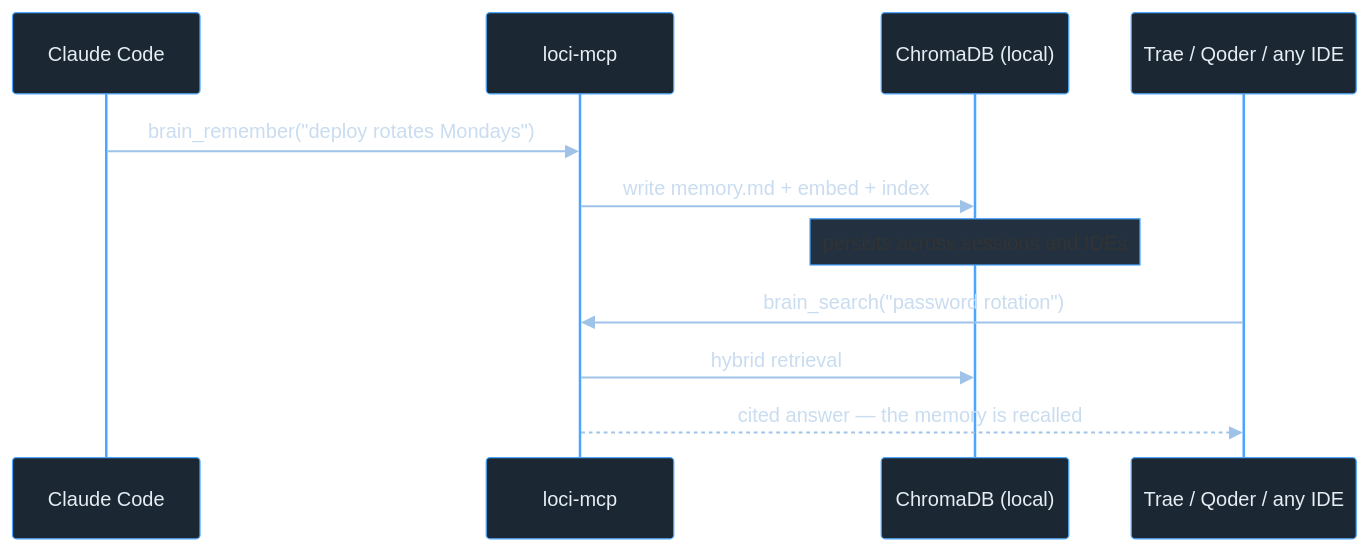
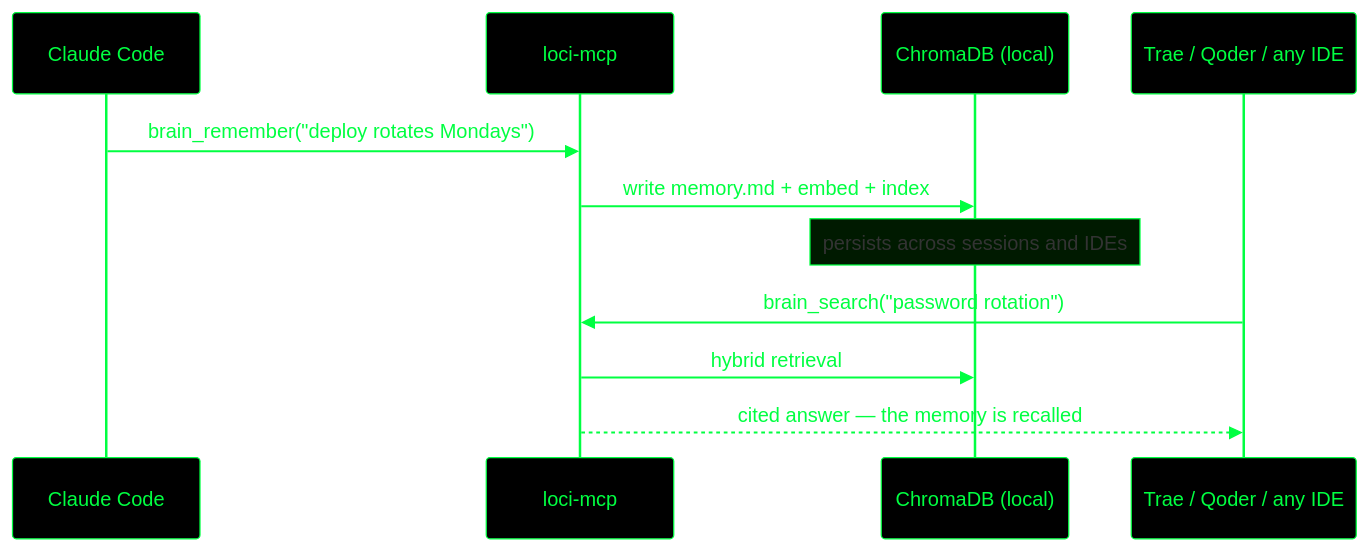
Before and after one commit to IvenKooLab/loci: the third of 3 diagrams in README.md, drawn with Mermaid. The commit also changed other lines of this file, not shown here.

Commit message:
docs: restore neon matrix theme; sans-serif font + 14px fixes label overflow

````diff
--- a/README.md
+++ b/README.md
@@ -241,14 +241,14 @@
 ```mermaid
-%%{init: {'theme':'base','themeVariables':{'background':'transparent','primaryColor':'#1B2733','primaryTextColor':'#E6EDF3','primaryBorderColor':'#4CA6FF','lineColor':'#4CA6FF','actorBkg':'#1B2733','actorBorder':'#4CA6FF','actorTextColor':'#E6EDF3','signalColor':'#9FC3E8','signalTextColor':'#C9DCF0','noteBkgColor':'#22303F','noteBorderColor':'#4CA6FF','activationBkgColor':'#22303F','edgeLabelBackground':'#161F29','fontSize':'15px','fontFamily':'ui-sans-serif, system-ui, sans-serif'},'themeCSS':'.messageText { fill: #C9DCF0 !important; } text.actor { fill: #E6EDF3 !important; }'}}%%
+%%{init: {'theme':'base','themeVariables':{'background':'#000000','primaryColor':'#000000','primaryTextColor':'#00FF41','primaryBorderColor':'#00FF41','lineColor':'#00FF41','actorBkg':'#000000','actorBorder':'#00FF41','actorTextColor':'#00FF41','signalColor':'#00FF41','signalTextColor':'#00FF41','noteBkgColor':'#001a00','noteBorderColor':'#00FF41','activationBkgColor':'#001a00','edgeLabelBackground':'#000000','fontSize':'14px','fontFamily':'trebuchet ms, verdana, arial, sans-serif'},'themeCSS':'.messageText { fill: #00FF41 !important; } .actor { fill: #000 !important; stroke: #00FF41 !important; } text.actor { fill: #00FF41 !important; }'}}%%
 sequenceDiagram
     participant CC as Claude Code
     participant L as loci-mcp
     participant S as ChromaDB (local)
     participant T as Trae / Qoder / any IDE
     CC->>L: brain_remember("deploy rotates Mondays")
     L->>S: write memory.md + embed + index
     Note over S: persists across sessions and IDEs
     T->>L: brain_search("password rotation")
     L->>S: hybrid retrieval
     L-->>T: cited answer — the memory is recalled
 ```
````
